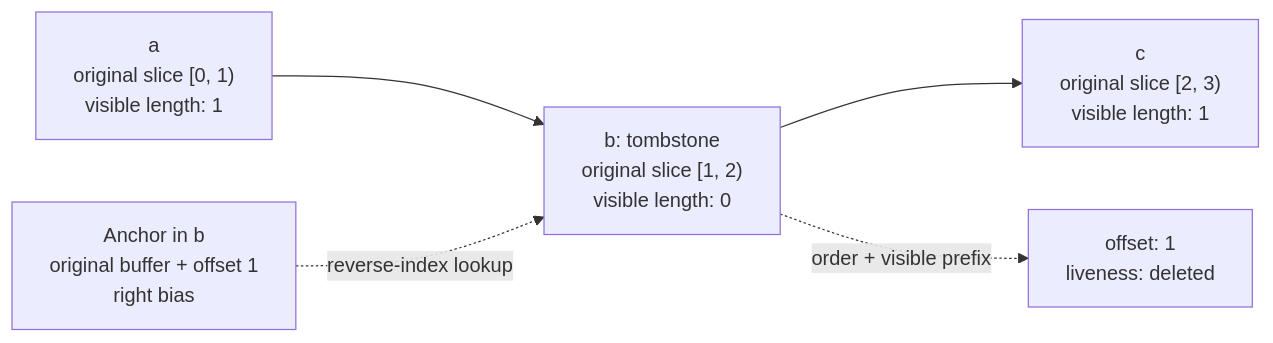
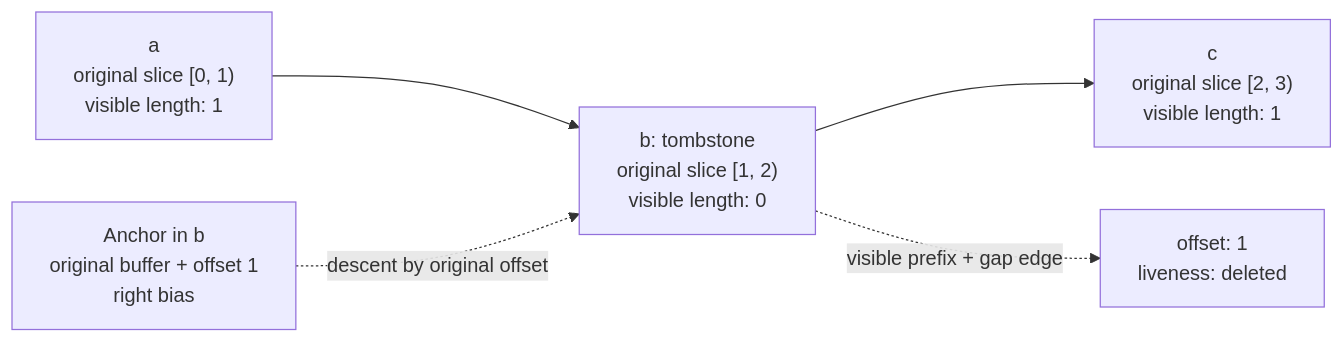
The third of 3 diagrams in packages/textbuffer/README.md (ShaulLavo/singapore), drawn with Mermaid before and after one commit. The commit also changed other lines of this file and 46 other files, not shown here.

First line of the commit message:
textbuffer: E039, a reverse index that edits barely touch

````diff
--- a/packages/textbuffer/README.md
+++ b/packages/textbuffer/README.md
@@ -143,7 +153,7 @@
 ```mermaid
 flowchart LR
   A["a<br/>original slice [0, 1)<br/>visible length: 1"] --> B["b: tombstone<br/>original slice [1, 2)<br/>visible length: 0"]
   B --> C["c<br/>original slice [2, 3)<br/>visible length: 1"]
-  H["Anchor in b<br/>original buffer + offset 1<br/>right bias"] -. "reverse-index lookup" .-> B
-  B -. "order + visible prefix" .-> P["offset: 1<br/>liveness: deleted"]
+  H["Anchor in b<br/>original buffer + offset 1<br/>right bias"] -. "descent by original offset" .-> B
+  B -. "visible prefix + gap edge" .-> P["offset: 1<br/>liveness: deleted"]
 ```
````
